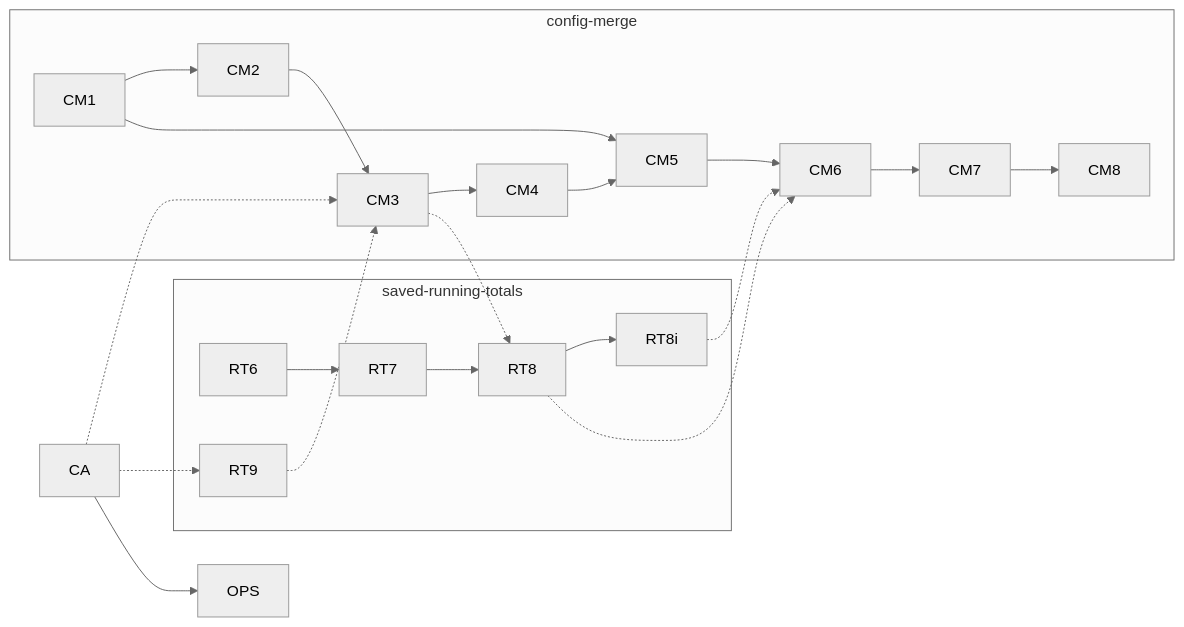
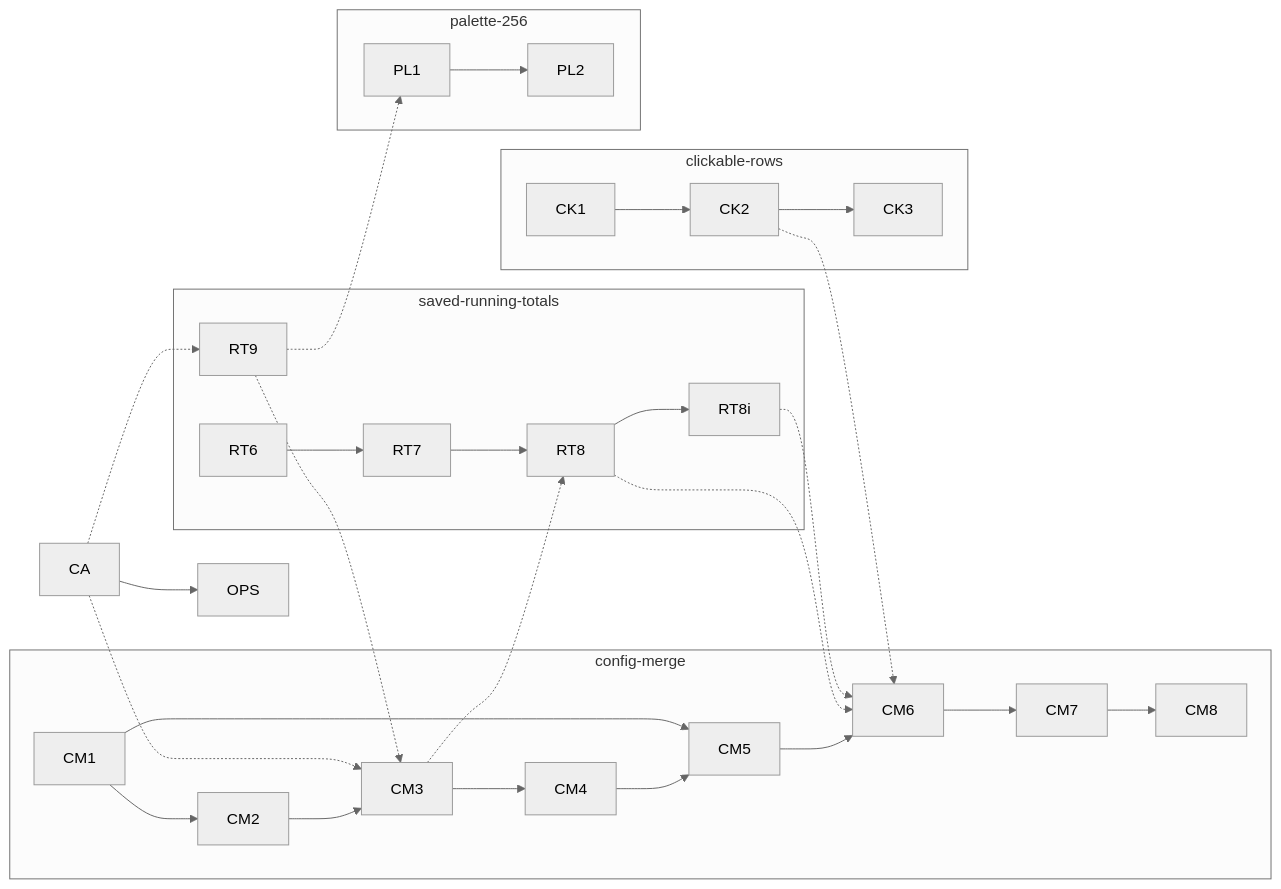
Before and after one commit to nhooey/claude-code-usage-statusline: the diagram in agents/plans/_schedule.md, drawn with Mermaid (neutral theme). The commit also changed other lines of this file and 2 other files, not shown here.

First line of the commit message:
Plan clickable rows and a 256-colour palette, and schedule them

````diff
--- a/agents/plans/_schedule.md
+++ b/agents/plans/_schedule.md
@@ -54,18 +63,26 @@
 ```mermaid
 flowchart LR
   subgraph config-merge
     CM1 --> CM2 --> CM3 --> CM4 --> CM5 --> CM6 --> CM7 --> CM8
     CM1 --> CM5
   end
   subgraph saved-running-totals
     RT6 --> RT7 --> RT8 --> RT8i
     RT9
   end
   CA -.-> CM3
   CA -.-> RT9
   RT9 -.-> CM3
   CM3 -.-> RT8
   RT8 -.-> CM6
   RT8i -.-> CM6
   CA --> OPS
+  subgraph clickable-rows
+    CK1 --> CK2 --> CK3
+  end
+  subgraph palette-256
+    PL1 --> PL2
+  end
+  CK2 -.-> CM6
+  RT9 -.-> PL1
 ```
````
